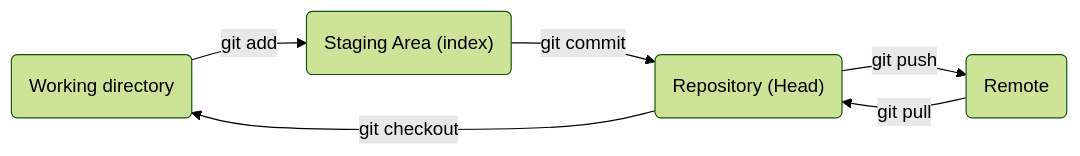
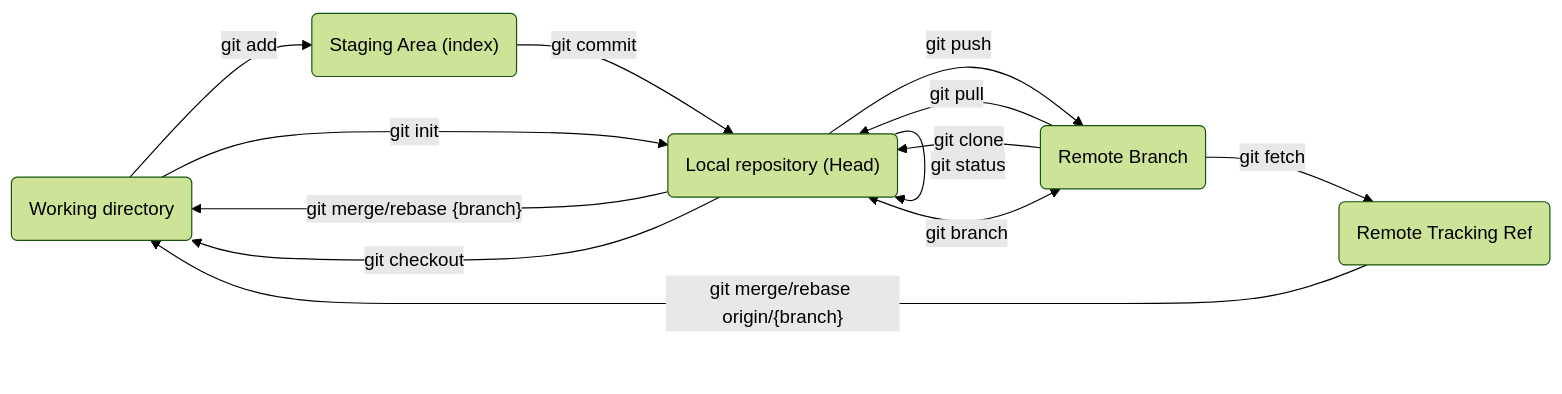
Before and after one commit to Olivoz/wiki: the diagram in git.md, drawn with Mermaid (forest theme).

Commit message:
Add more commands to flowchart

````diff
--- a/git.md
+++ b/git.md
@@ -39,8 +39,17 @@
 ```mermaid
 flowchart LR
     work("Working directory")-->|git add|index("Staging Area (index)")
-    index-->|git commit|head("Repository (Head)")
-    head-->|git push|remote("Remote")
+    index-->|git commit|head("Local repository (Head)")
+    remote-->|git fetch|remote-ref("Remote Tracking Ref")
+    remote-ref-->|"git merge/rebase origin/{branch}"|work
+    head-->|"git merge/rebase {branch}"|work
+    head-->|git push|remote("Remote Branch")
     remote-->|git pull|head
     head-->|git checkout|work
+    head-->|git config|head
+    head-->|git log|head
+    head-->|git status|head
+    remote-->|git clone|head
+    remote<-->|git branch|head
+    work-->|git init|head
 ```
````
